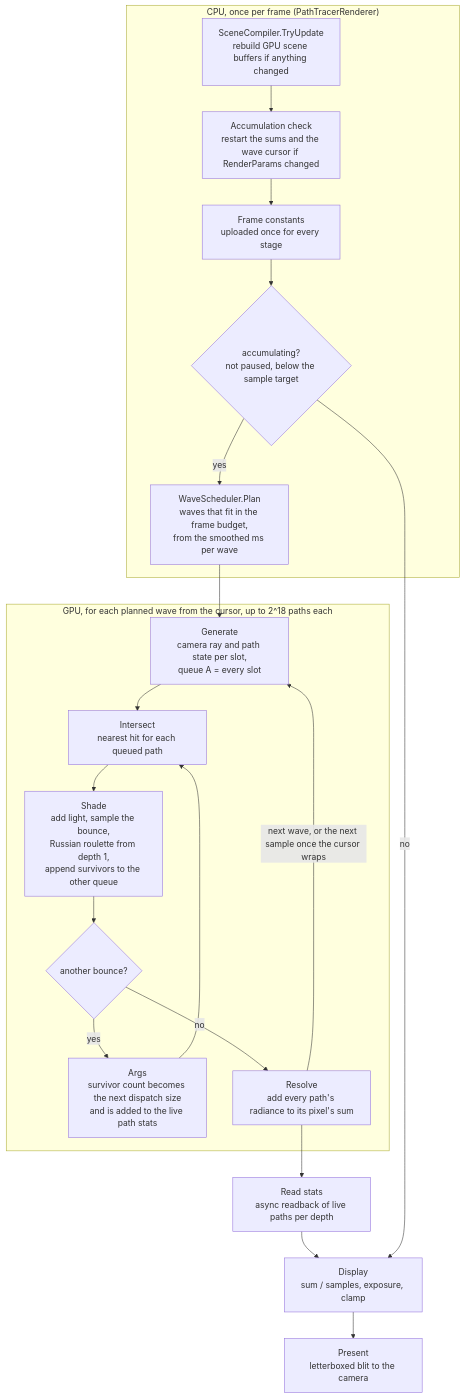
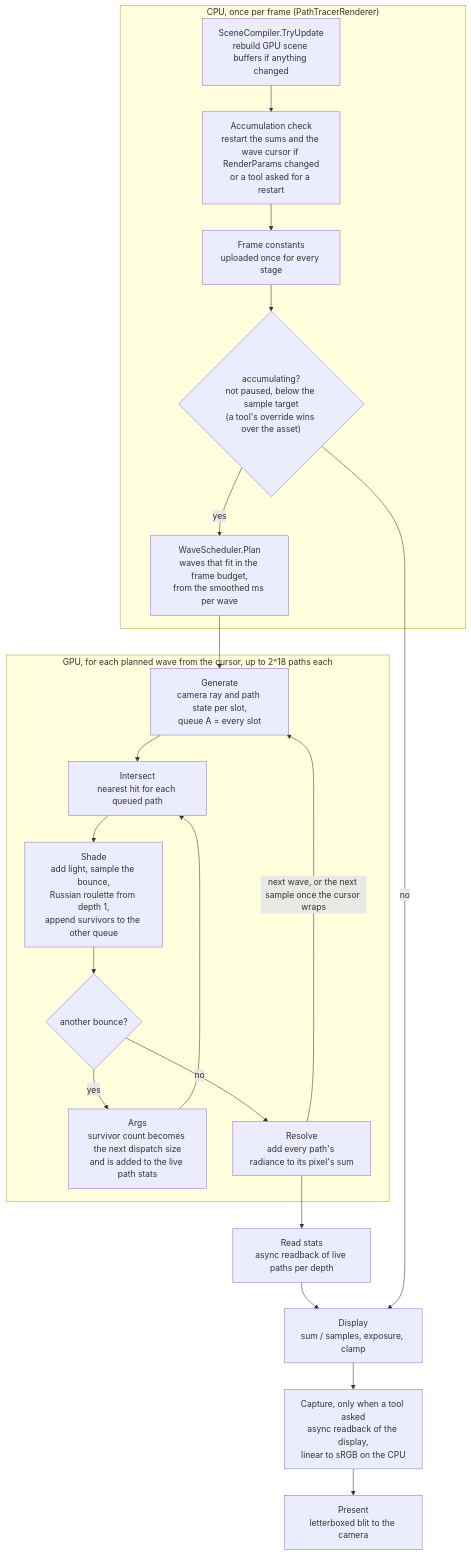
Before and after one commit to Privnoval016/SpectralPathTracer: the diagram in Assets/SpectralPathTracer/Runtime/Rendering/README.md, drawn with Mermaid. The commit also changed other lines of this file and 3 other files, not shown here.

Commit message:
docs: add the cp-22 devlog, a movie mode guide and the capture pass to the pipeline diagram

````diff
--- a/Assets/SpectralPathTracer/Runtime/Rendering/README.md
+++ b/Assets/SpectralPathTracer/Runtime/Rendering/README.md
@@ -7,31 +7,32 @@
 ```mermaid
 flowchart TD
     subgraph CPU["CPU, once per frame (PathTracerRenderer)"]
         scene["SceneCompiler.TryUpdate<br/>rebuild GPU scene buffers if anything changed"]
-        reset["Accumulation check<br/>restart the sums and the wave cursor if RenderParams changed"]
+        reset["Accumulation check<br/>restart the sums and the wave cursor if RenderParams changed<br/>or a tool asked for a restart"]
         constants["Frame constants<br/>uploaded once for every stage"]
-        decide{"accumulating?<br/>not paused, below the sample target"}
+        decide{"accumulating?<br/>not paused, below the sample target<br/>(a tool's override wins over the asset)"}
         plan["WaveScheduler.Plan<br/>waves that fit in the frame budget,<br/>from the smoothed ms per wave"]
         scene --> reset --> constants --> decide
         decide -- yes --> plan
     end
 
     subgraph WAVE["GPU, for each planned wave from the cursor, up to 2^18 paths each"]
         gen["Generate<br/>camera ray and path state per slot,<br/>queue A = every slot"]
         isect["Intersect<br/>nearest hit for each queued path"]
         shade["Shade<br/>add light, sample the bounce,<br/>Russian roulette from depth 1,<br/>append survivors to the other queue"]
         more{"another bounce?"}
         args["Args<br/>survivor count becomes the next dispatch size<br/>and is added to the live path stats"]
         resolve["Resolve<br/>add every path's radiance to its pixel's sum"]
         gen --> isect --> shade --> more
         more -- yes --> args --> isect
         more -- no --> resolve
     end
 
     plan --> gen
     resolve -- "next wave, or the next sample once the cursor wraps" --> gen
     resolve --> readback["Read stats<br/>async readback of live paths per depth"]
     readback --> display
     decide -- no --> display
-    display["Display<br/>sum / samples, exposure, clamp"] --> present["Present<br/>letterboxed blit to the camera"]
+    display["Display<br/>sum / samples, exposure, clamp"] --> capture["Capture, only when a tool asked<br/>async readback of the display,<br/>linear to sRGB on the CPU"]
+    capture --> present["Present<br/>letterboxed blit to the camera"]
 ```
````
